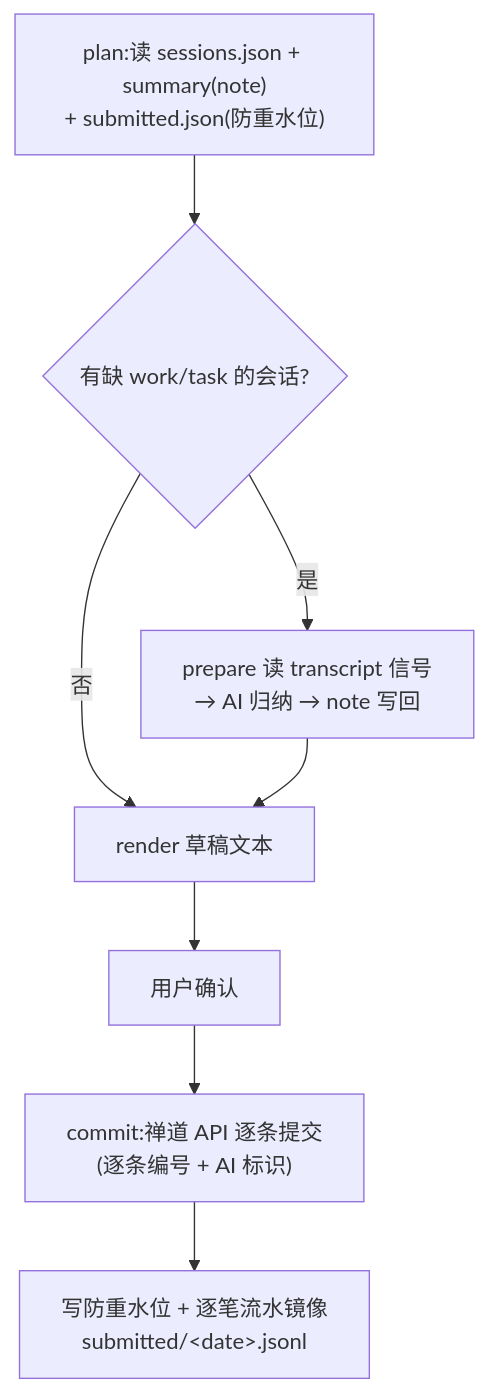
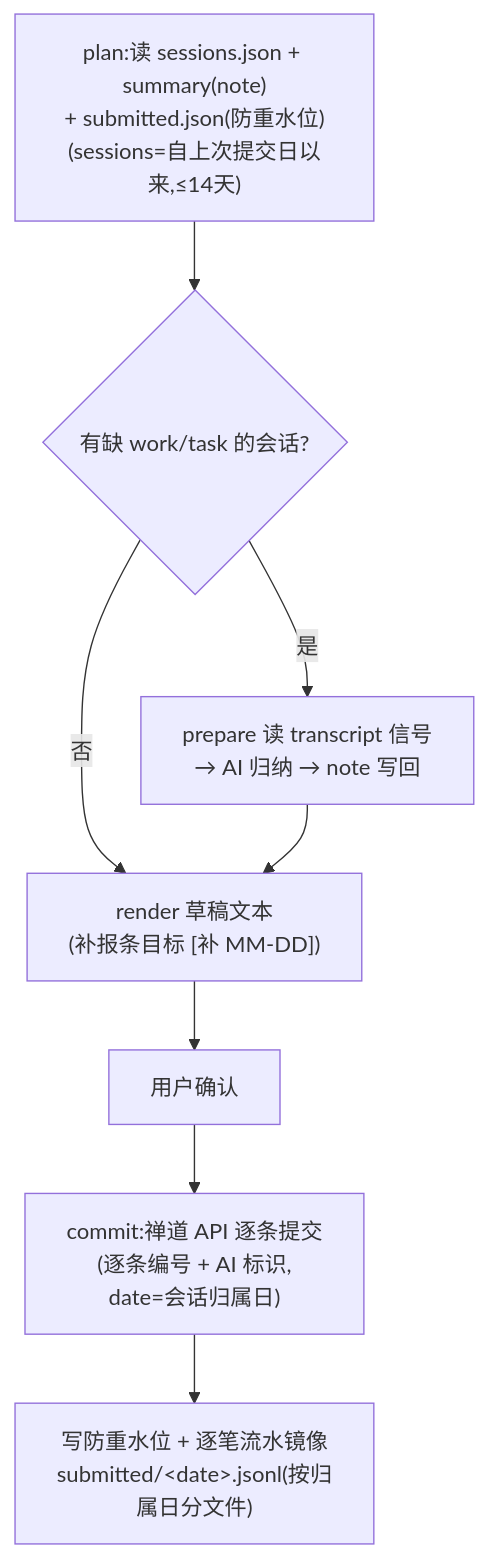
One commit to china-shine/shine-code-submit changed the third of 6 diagrams in docs/02-architecture.md. Above: the diagram before and after it, drawn with Mermaid. The commit also changed 17 other files, not shown here.

````diff
--- a/docs/02-architecture.md
+++ b/docs/02-architecture.md
@@ -56,9 +56,9 @@
 ```mermaid
 flowchart TD
-    A["plan:读 sessions.json + summary(note)<br/>+ submitted.json(防重水位)"] --> B{"有缺 work/task 的会话?"}
+    A["plan:读 sessions.json + summary(note)<br/>+ submitted.json(防重水位)<br/>(sessions=自上次提交日以来,≤14天)"] --> B{"有缺 work/task 的会话?"}
     B -->|是| C["prepare 读 transcript 信号<br/>→ AI 归纳 → note 写回"]
-    B -->|否| D["render 草稿文本"]
+    B -->|否| D["render 草稿文本<br/>(补报条目标 [补 MM-DD])"]
     C --> D
-    D --> E["用户确认"] --> F["commit:禅道 API 逐条提交<br/>(逐条编号 + AI 标识)"]
-    F --> G["写防重水位 + 逐笔流水镜像<br/>submitted/&lt;date&gt;.jsonl"]
+    D --> E["用户确认"] --> F["commit:禅道 API 逐条提交<br/>(逐条编号 + AI 标识,<br/>date=会话归属日)"]
+    F --> G["写防重水位 + 逐笔流水镜像<br/>submitted/&lt;date&gt;.jsonl(按归属日分文件)"]
 ```
````
